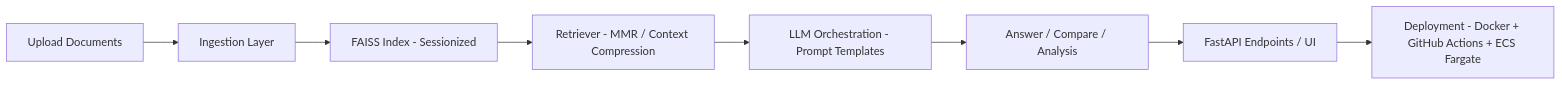
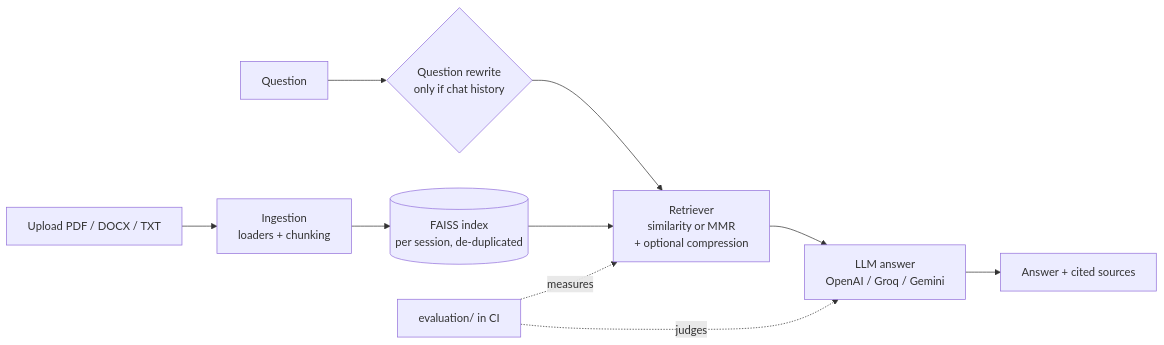
Before and after one commit to innovatewithfaizan/DocuFlow: the diagram in README.md, drawn with Mermaid. The commit also changed other lines of this file and 1 other file, not shown here.

First line of the commit message:
docs: rewrite README around what is built and measured

````diff
--- a/README.md
+++ b/README.md
@@ -21,10 +55,12 @@
 ```mermaid
 flowchart LR
-  A[Upload Documents] --> B[Ingestion Layer]
-  B --> C[FAISS Index - Sessionized]
-  C --> D[Retriever - MMR / Context Compression]
-  D --> E[LLM Orchestration - Prompt Templates]
-  E --> F[Answer / Compare / Analysis]
-  F --> G[FastAPI Endpoints / UI]
-  G --> H[Deployment - Docker + GitHub Actions + ECS Fargate]
+  U[Upload PDF / DOCX / TXT] --> I[Ingestion<br/>loaders + chunking]
+  I --> F[(FAISS index<br/>per session, de-duplicated)]
+  Q[Question] --> R{Question rewrite<br/>only if chat history}
+  R --> S[Retriever<br/>similarity or MMR<br/>+ optional compression]
+  F --> S
+  S --> L[LLM answer<br/>OpenAI / Groq / Gemini]
+  L --> A[Answer + cited sources]
+  E[evaluation/ in CI] -. measures .-> S
+  E -. judges .-> L
 ```
````
